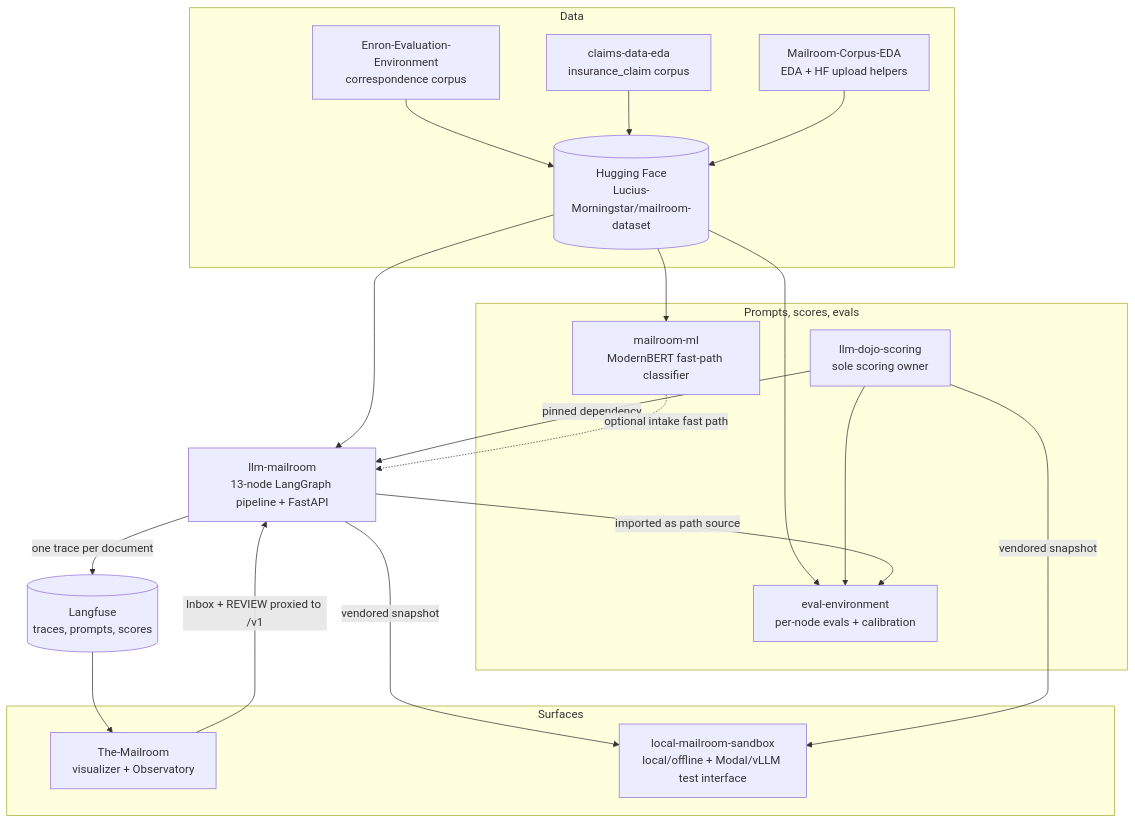
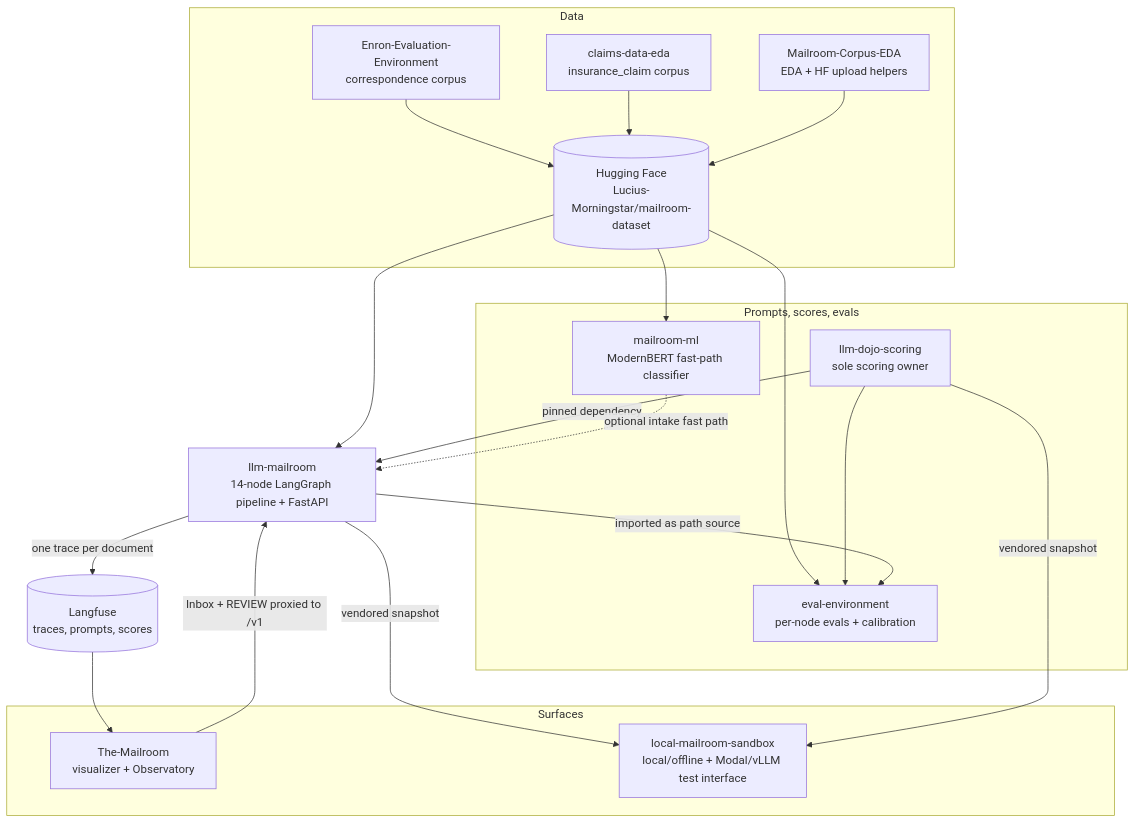
The first of 2 diagrams in docs/constellation/architecture.md (Exios66/llm-mailroom), drawn with Mermaid before and after one commit. The commit also changed other lines of this file and 108 other files, not shown here.

````diff
--- a/docs/constellation/architecture.md
+++ b/docs/constellation/architecture.md
@@ -7,39 +7,39 @@
 ```mermaid
 flowchart TD
     subgraph DATA["Data"]
         ENRON["Enron-Evaluation-Environment<br/>correspondence corpus"]
         CLAIMS["claims-data-eda<br/>insurance_claim corpus"]
         EDA["Mailroom-Corpus-EDA<br/>EDA + HF upload helpers"]
         HF[("Hugging Face<br/>Lucius-Morningstar/mailroom-dataset")]
     end
 
     subgraph LOOP["Prompts, scores, evals"]
         DOJO["llm-dojo-scoring<br/>sole scoring owner"]
         EVALS["eval-environment<br/>per-node evals + calibration"]
         ML["mailroom-ml<br/>ModernBERT fast-path classifier"]
     end
 
-    PIPE["llm-mailroom<br/>13-node LangGraph pipeline + FastAPI"]
+    PIPE["llm-mailroom<br/>14-node LangGraph pipeline + FastAPI"]
     LF[("Langfuse<br/>traces, prompts, scores")]
 
     subgraph SURF["Surfaces"]
         VIS["The-Mailroom<br/>visualizer + Observatory"]
         SAND["local-mailroom-sandbox<br/>local/offline + Modal/vLLM test interface"]
     end
 
     ENRON --> HF
     CLAIMS --> HF
     EDA --> HF
     HF --> EVALS
     HF --> ML
     HF --> PIPE
     DOJO -- "pinned dependency" --> PIPE
     DOJO --> EVALS
     PIPE -- "imported as path source" --> EVALS
     ML -. "optional intake fast path" .-> PIPE
     PIPE -- "one trace per document" --> LF
     LF --> VIS
     VIS -- "Inbox + REVIEW proxied to /v1" --> PIPE
     PIPE -- "vendored snapshot" --> SAND
     DOJO -- "vendored snapshot" --> SAND
 ```
````
